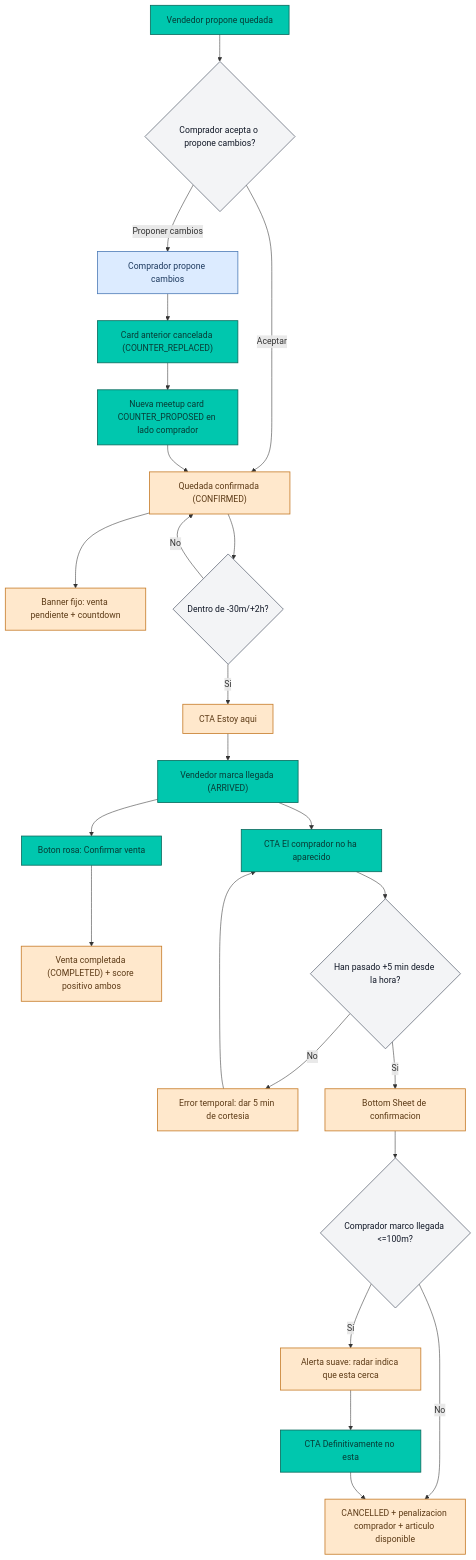
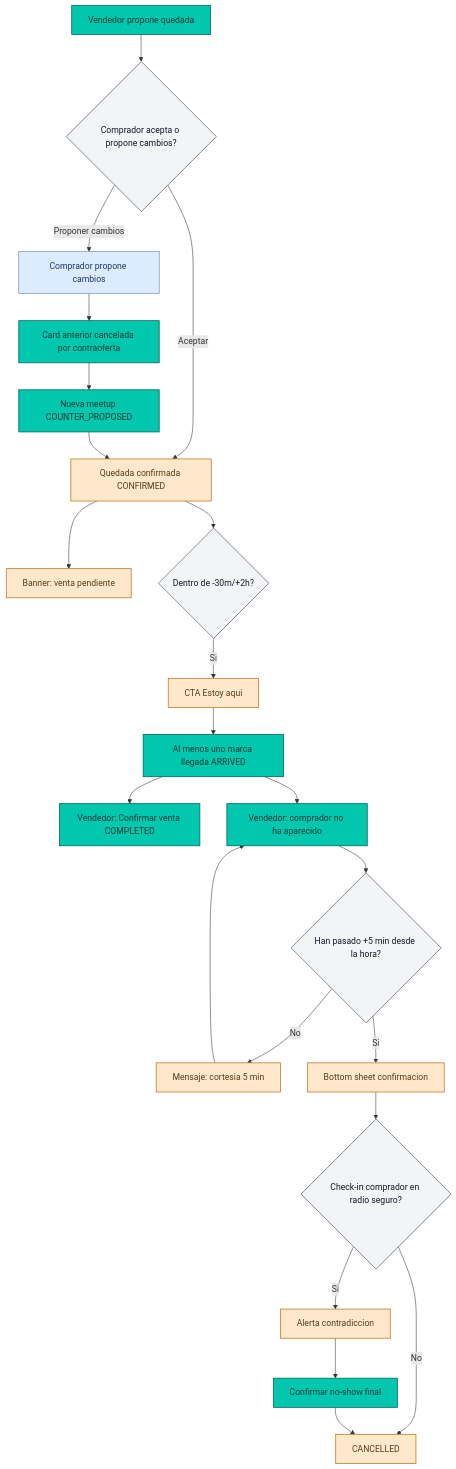
Before and after one commit to JMFusterr/wallapop-meet: the second of 2 diagrams in docs/wallapop-meet-user-flow.md, drawn with Mermaid. The commit also changed other lines of this file and 15 other files, not shown here.

````diff
--- a/docs/wallapop-meet-user-flow.md
+++ b/docs/wallapop-meet-user-flow.md
@@ -7,50 +42,48 @@
 ```mermaid
 graph TD
-P1["Vendedor propone quedada"]
-B1{"Comprador acepta o propone cambios?"}
-C1["Comprador propone cambios"]
-X1["Card anterior cancelada (COUNTER_REPLACED)"]
-P2["Nueva meetup card COUNTER_PROPOSED en lado comprador"]
-CF["Quedada confirmada (CONFIRMED)"]
-BN["Banner fijo: venta pendiente + countdown"]
+    P1["Vendedor propone quedada"]
+    B1{"Comprador acepta o propone cambios?"}
+    C1["Comprador propone cambios"]
+    X1["Card anterior cancelada por contraoferta"]
+    P2["Nueva meetup COUNTER_PROPOSED"]
+    CF["Quedada confirmada CONFIRMED"]
+    BN["Banner: venta pendiente"]
 
-P1 --> B1
-B1 -->|Aceptar| CF
-B1 -->|Proponer cambios| C1 --> X1 --> P2 --> CF
-CF --> BN
+    P1 --> B1
+    B1 -->|Aceptar| CF
+    B1 -->|Proponer cambios| C1 --> X1 --> P2 --> CF
+    CF --> BN
 
-A1{"Dentro de -30m/+2h?"}
-AR["CTA Estoy aqui"]
-RV["Vendedor marca llegada (ARRIVED)"]
-CS["Boton rosa: Confirmar venta"]
-OK["Venta completada (COMPLETED) + score positivo ambos"]
+    A1{"Dentro de -30m/+2h?"}
+    AR["CTA Estoy aqui"]
+    RV["Al menos uno marca llegada ARRIVED"]
+    CS["Vendedor: Confirmar venta COMPLETED"]
 
-CF --> A1
-A1 -->|Si| AR --> RV --> CS --> OK
-A1 -->|No| CF
+    CF --> A1
+    A1 -->|Si| AR --> RV --> CS
 
-NS["CTA El comprador no ha aparecido"]
-G1{"Han pasado +5 min desde la hora?"}
-ER["Error temporal: dar 5 min de cortesia"]
-BS["Bottom Sheet de confirmacion"]
-GPS{"Comprador marco llegada <=100m?"}
-AL["Alerta suave: radar indica que esta cerca"]
-FN["CTA Definitivamente no esta"]
-CA["CANCELLED + penalizacion comprador + articulo disponible"]
+    NS["Vendedor: comprador no ha aparecido"]
+    G1{"Han pasado +5 min desde la hora?"}
+    ER["Mensaje: cortesia 5 min"]
+    BS["Bottom sheet confirmacion"]
+    GPS{"Check-in comprador en radio seguro?"}
+    AL["Alerta contradiccion"]
+    FN["Confirmar no-show final"]
+    CA["CANCELLED"]
 
-RV --> NS --> G1
-G1 -->|No| ER --> NS
-G1 -->|Si| BS --> GPS
-GPS -->|No| CA
-GPS -->|Si| AL --> FN --> CA
+    RV --> NS --> G1
+    G1 -->|No| ER --> NS
+    G1 -->|Si| BS --> GPS
+    GPS -->|No| CA
+    GPS -->|Si| AL --> FN --> CA
 
-classDef vendedor fill:#00C7AE,stroke:#0B6B5E,color:#073B35,stroke-width:1.5px;
-classDef comprador fill:#DCEBFF,stroke:#4F7DB8,color:#1E3A5F,stroke-width:1.5px;
-classDef sistema fill:#FFE8CC,stroke:#C77D2B,color:#5C3A16,stroke-width:1.5px;
-classDef decision fill:#F3F4F6,stroke:#6B7280,color:#111827,stroke-width:1.5px;
+    classDef vendedor fill:#00C7AE,stroke:#0B6B5E,color:#073B35,stroke-width:1.5px;
+    classDef comprador fill:#DCEBFF,stroke:#4F7DB8,color:#1E3A5F;
+    classDef sistema fill:#FFE8CC,stroke:#C77D2B,color:#5C3A16,stroke-width:1.5px;
+    classDef decision fill:#F3F4F6,stroke:#6B7280,color:#111827,stroke-width:1.5px;
 
-class P1,X1,P2,RV,CS,NS,FN vendedor;
-class C1 comprador;
-class CF,BN,AR,OK,ER,BS,AL,CA sistema;
-class B1,A1,G1,GPS decision;
+    class P1,X1,P2,RV,CS,NS,FN vendedor;
+    class C1 comprador;
+    class CF,BN,AR,ER,BS,AL,CA sistema;
+    class B1,A1,G1,GPS decision;
 ```
````
